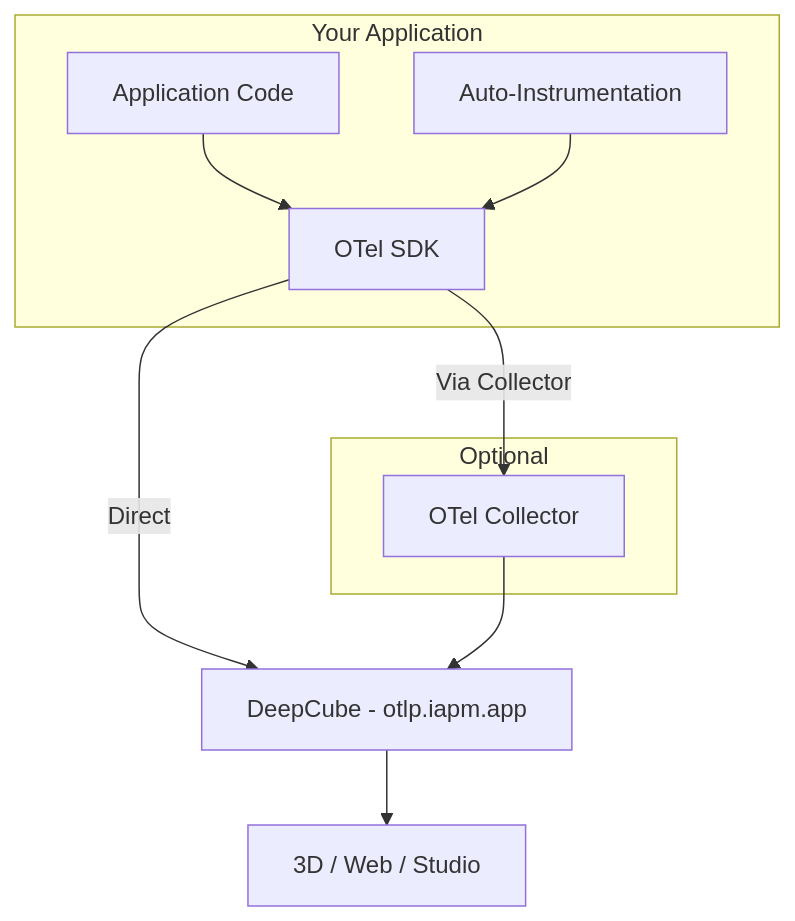
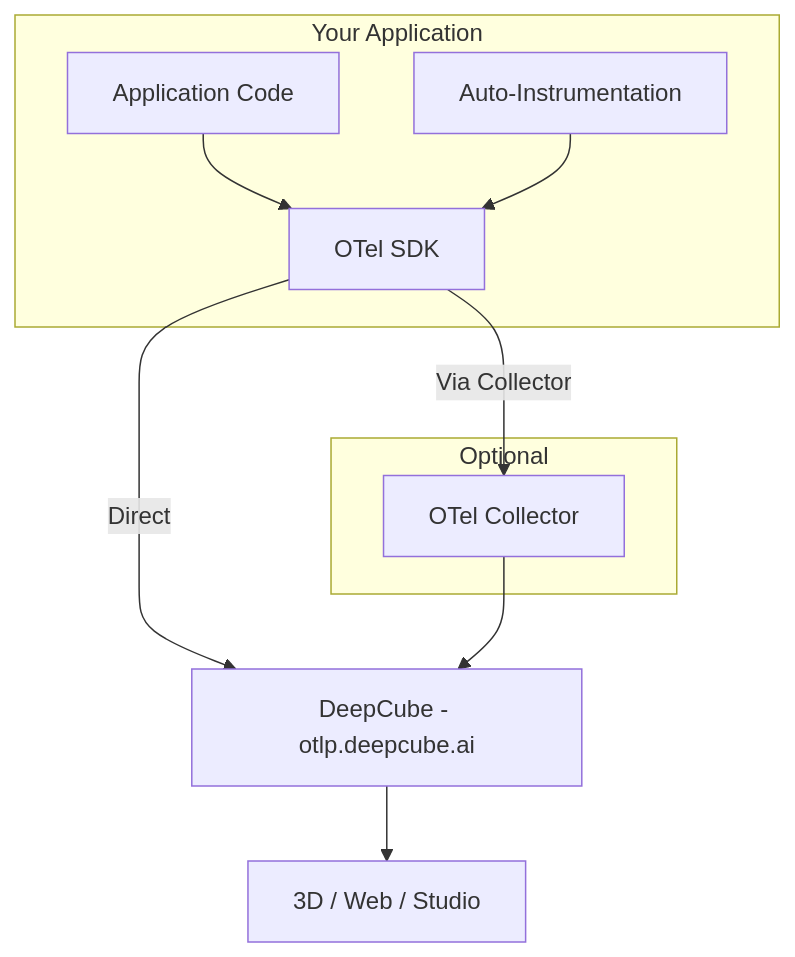
The diagram in docs/Resources/Terms-and-Concepts/Observability/Frameworks/OpenTelemetry/index.md (ImmersiveFusion/deepcube-docs), drawn with Mermaid before and after one commit. The commit also changed other lines of this file and 31 other files, not shown here.

````diff
--- a/docs/Resources/Terms-and-Concepts/Observability/Frameworks/OpenTelemetry/index.md
+++ b/docs/Resources/Terms-and-Concepts/Observability/Frameworks/OpenTelemetry/index.md
@@ -16,19 +16,19 @@
 ```mermaid
 graph TD
     subgraph "Your Application"
         A[Application Code]
         B[OTel SDK]
         C[Auto-Instrumentation]
     end
 
     subgraph "Optional"
         D[OTel Collector]
     end
 
     A --> B
     C --> B
-    B -->|Direct| E[DeepCube - otlp.iapm.app]
+    B -->|Direct| E[DeepCube - otlp.deepcube.ai]
     B -->|Via Collector| D
     D --> E
     E --> F[3D / Web / Studio]
 ```
````
